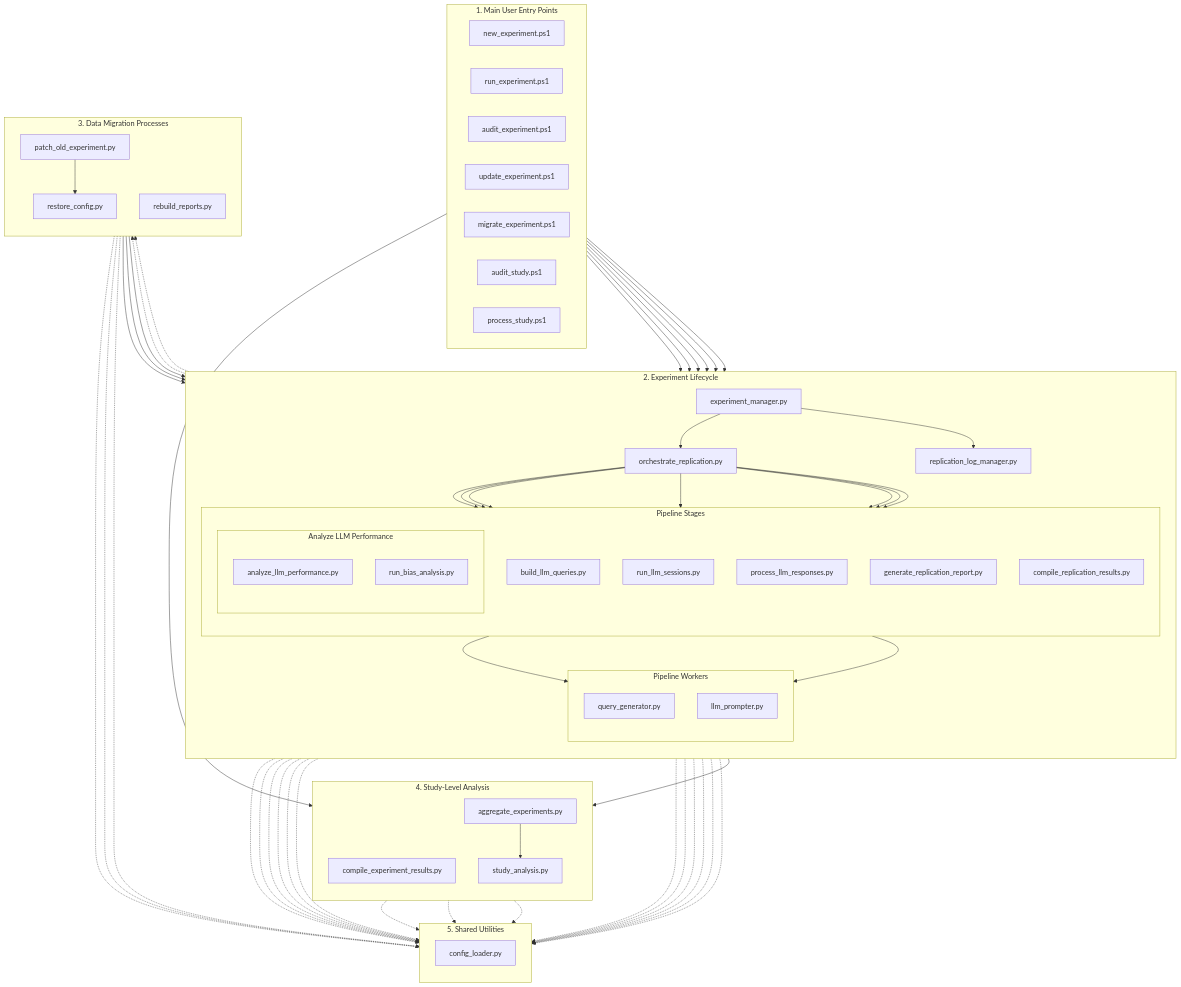
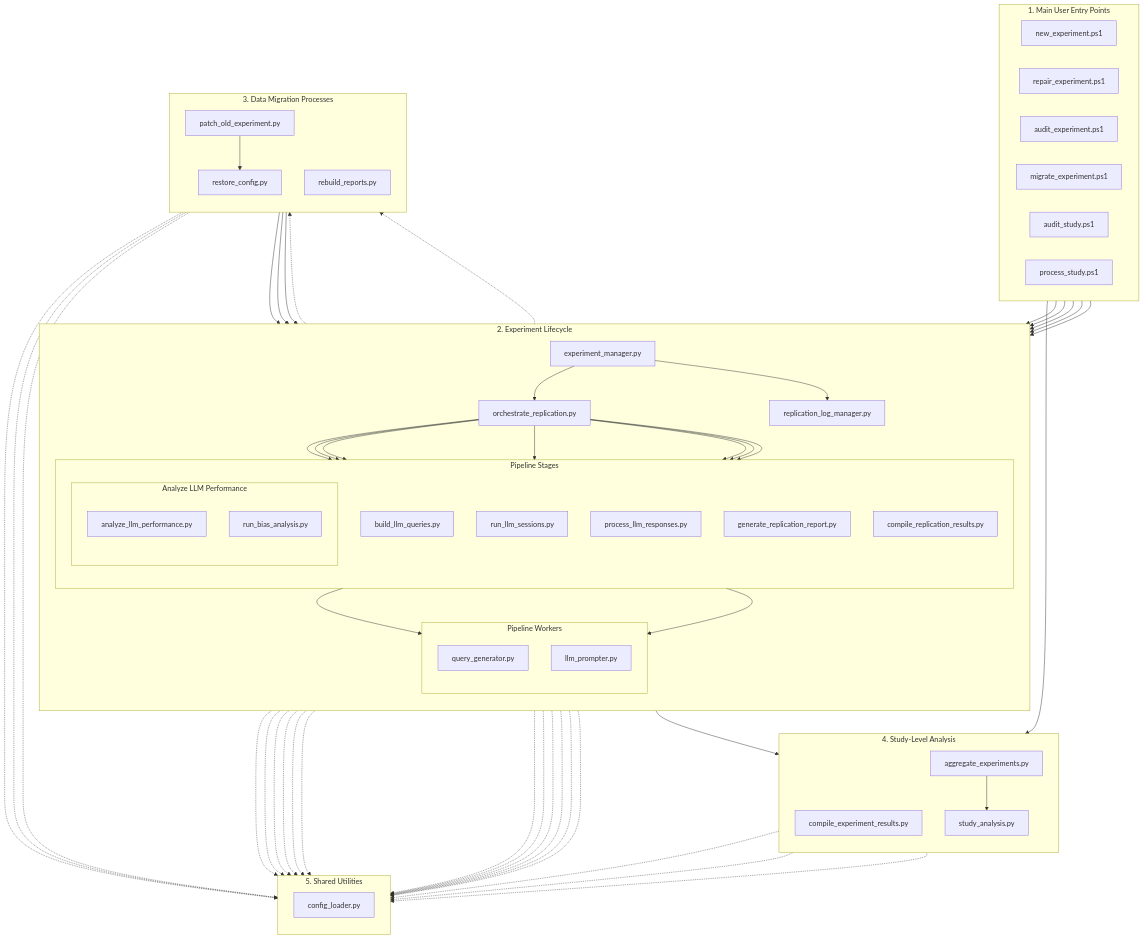
Before and after one commit to peterjmarko/llm-narrative-framework: the diagram in docs/diagrams/view_codebase.mmd, drawn with Mermaid. The commit also changed 15 other files, not shown here.

```diff
--- a/docs/diagrams/view_codebase.mmd
+++ b/docs/diagrams/view_codebase.mmd
@@ -1,112 +1,110 @@
 graph TD
     subgraph "1. Main User Entry Points"
         direction LR
         new_experiment_ps1["new_experiment.ps1"]
-        run_experiment_ps1["run_experiment.ps1"]
+        repair_experiment_ps1["repair_experiment.ps1"]
         audit_experiment_ps1["audit_experiment.ps1"]
-        update_experiment_ps1["update_experiment.ps1"]
         migrate_experiment_ps1["migrate_experiment.ps1"]
         audit_study_ps1["audit_study.ps1"]
         process_study_ps1["process_study.ps1"]
     end
 
     subgraph "2. Experiment Lifecycle"
         direction TB
         exp_manager["experiment_manager.py"]
         orchestrator["orchestrate_replication.py"]
         
         subgraph "Pipeline Stages"
             direction TB
             build_queries["build_llm_queries.py"]
             run_sessions["run_llm_sessions.py"]
             process_responses["process_llm_responses.py"]
             subgraph "Analyze LLM Performance"
                 direction TB
                 analyze_performance["analyze_llm_performance.py"]
                 run_bias["run_bias_analysis.py"]
             end
             generate_report["generate_replication_report.py"]
             compile_replication["compile_replication_results.py"]
         end
         
         subgraph "Pipeline Workers"
             direction TB
             query_generator["query_generator.py"]
             llm_prompter["llm_prompter.py"]
         end
 
         log_manager["replication_log_manager.py"]
     end
 
     subgraph "3. Data Migration Processes"
         direction TB
         patch_old["patch_old_experiment.py"]
         restore_config["restore_config.py"]
         rebuild_reports["rebuild_reports.py"]
     end
 
     subgraph "4. Study-Level Analysis"
         direction TB
         compile_experiment["compile_experiment_results.py"]
         agg_exps["aggregate_experiments.py"]
         study_analysis["study_analysis.py"]
     end
 
     subgraph "5. Shared Utilities"
         direction TB
         config_loader["config_loader.py"]
     end
     
     %% --- Main Workflow Connections ---
     new_experiment_ps1 --> exp_manager
-    run_experiment_ps1 --> exp_manager
-    update_experiment_ps1 --> exp_manager
+    repair_experiment_ps1 --> exp_manager
     audit_experiment_ps1 --> exp_manager
     audit_study_ps1 --> exp_manager
     migrate_experiment_ps1 --> exp_manager
     process_study_ps1 --> agg_exps
 
     exp_manager --> orchestrator
     exp_manager --> compile_experiment
     exp_manager --> log_manager
     exp_manager -.-> patch_old
     exp_manager -.-> rebuild_reports
 
     orchestrator --> build_queries
     orchestrator --> run_sessions
     orchestrator --> process_responses
     orchestrator --> analyze_performance
     orchestrator --> run_bias
     orchestrator --> generate_report
     orchestrator --> compile_replication
 
     build_queries --> query_generator
     run_sessions --> llm_prompter
 
     agg_exps --> study_analysis
 
     %% --- Migration Workflow Connections ---
     patch_old --> restore_config
     rebuild_reports --> process_responses
     rebuild_reports --> analyze_performance
     rebuild_reports --> run_bias
 
     %% --- Import Connections (Dotted Lines) ---
     exp_manager         -.-> config_loader
     orchestrator        -.-> config_loader
     build_queries       -.-> config_loader
     run_sessions        -.-> config_loader
     process_responses   -.-> config_loader
     analyze_performance -.-> config_loader
     run_bias            -.-> config_loader
     query_generator     -.-> config_loader
     llm_prompter        -.-> config_loader
     patch_old           -.-> config_loader
     restore_config      -.-> config_loader
     rebuild_reports     -.-> config_loader
     agg_exps            -.-> config_loader
     study_analysis      -.-> config_loader
     log_manager         -.-> config_loader
     generate_report     -.-> config_loader
     compile_replication -.-> config_loader
     compile_experiment  -.-> config_loader
```
